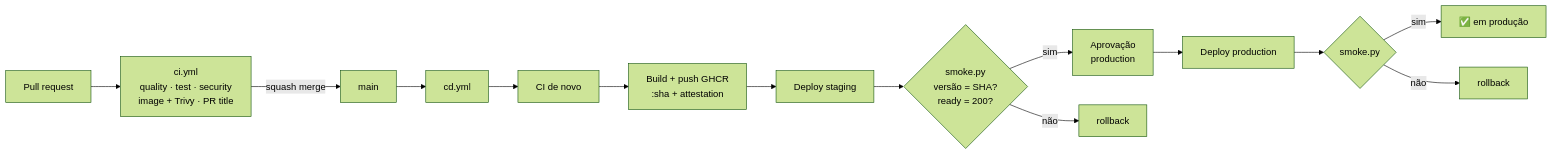
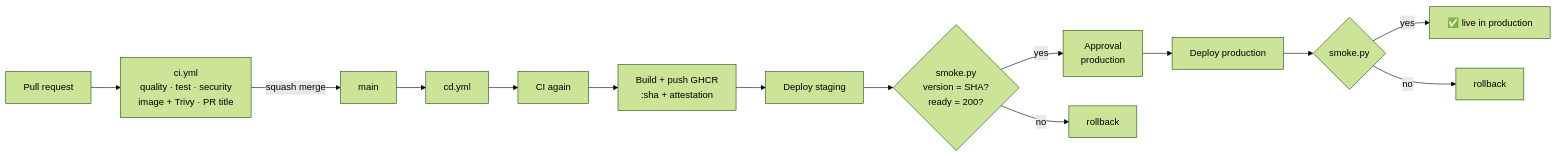
The fourth of 4 diagrams in README.md (spassos/codex-harness-template), drawn with Mermaid (forest theme) before and after one commit. The commit also changed other lines of this file, not shown here.

````diff
--- a/README.md
+++ b/README.md
@@ -293,16 +294,16 @@
 ```mermaid
 flowchart LR
   PR[Pull request] --> CI[ci.yml<br/>quality · test · security<br/>image + Trivy · PR title]
   CI -->|squash merge| M[main]
   M --> CD[cd.yml]
-  CD --> CI2[CI de novo]
+  CD --> CI2[CI again]
   CI2 --> B[Build + push GHCR<br/>:sha + attestation]
   B --> ST[Deploy staging]
-  ST --> V1{smoke.py<br/>versão = SHA?<br/>ready = 200?}
-  V1 -->|sim| PA[Aprovação<br/>production]
-  V1 -->|não| RB1[rollback]
+  ST --> V1{smoke.py<br/>version = SHA?<br/>ready = 200?}
+  V1 -->|yes| PA[Approval<br/>production]
+  V1 -->|no| RB1[rollback]
   PA --> PD[Deploy production]
   PD --> V2{smoke.py}
-  V2 -->|sim| OK[✅ em produção]
-  V2 -->|não| RB2[rollback]
+  V2 -->|yes| OK[✅ live in production]
+  V2 -->|no| RB2[rollback]
 ```
````
